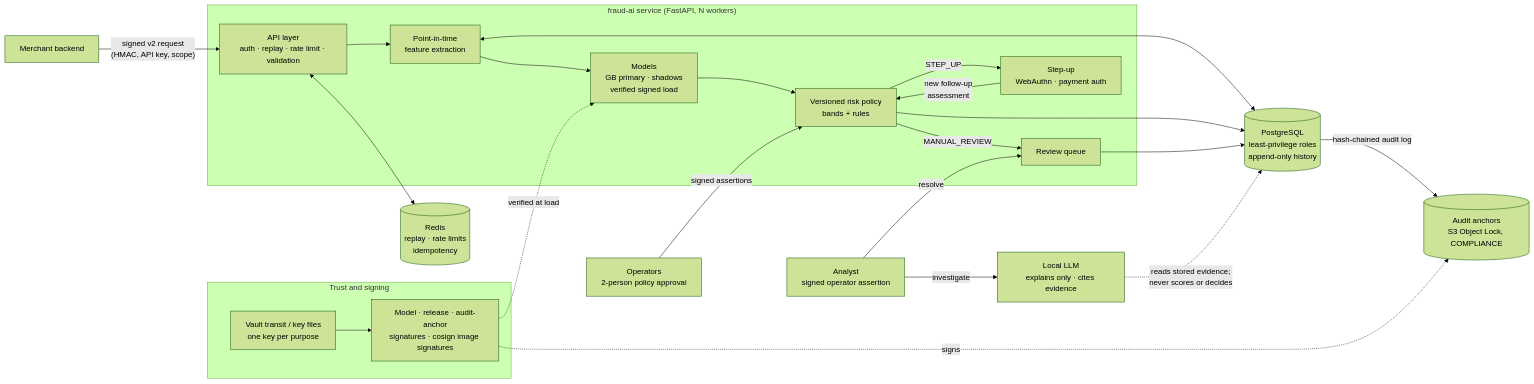
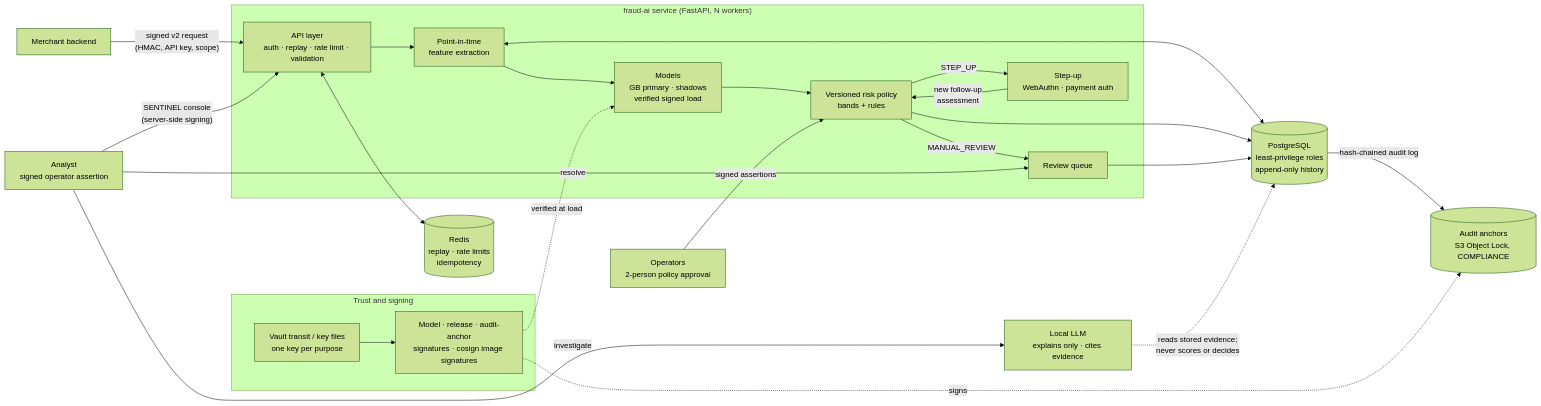
Before and after one commit to smartdigitalsolutions44-ops/fraud-ai: the diagram in PORTFOLIO.md, drawn with Mermaid (forest theme). The commit also changed other lines of this file and 144 other files, not shown here.

````diff
--- a/PORTFOLIO.md
+++ b/PORTFOLIO.md
@@ -25,36 +25,37 @@
 ```mermaid
 flowchart LR
     M[Merchant backend] -- "signed v2 request<br/>(HMAC, API key, scope)" --> API
 
     subgraph Service["fraud-ai service (FastAPI, N workers)"]
         API[API layer<br/>auth · replay · rate limit · validation]
         FE[Point-in-time<br/>feature extraction]
         MOD[Models<br/>GB primary · shadows<br/>verified signed load]
         POL[Versioned risk policy<br/>bands + rules]
         REV[Review queue]
         SU[Step-up<br/>WebAuthn · payment auth]
         API --> FE --> MOD --> POL
         POL -- MANUAL_REVIEW --> REV
         POL -- STEP_UP --> SU
         SU -- "new follow-up<br/>assessment" --> POL
     end
 
     API <--> R[(Redis<br/>replay · rate limits<br/>idempotency)]
     FE <--> PG[(PostgreSQL<br/>least-privilege roles<br/>append-only history)]
     POL --> PG
     REV --> PG
 
-    AN[Analyst<br/>signed operator assertion] -- resolve --> REV
+    AN[Analyst<br/>signed operator assertion] -- "SENTINEL console<br/>(server-side signing)" --> API
+    AN -- resolve --> REV
     AN -- investigate --> LLM[Local LLM<br/>explains only · cites evidence]
     LLM -. "reads stored evidence;<br/>never scores or decides" .-> PG
 
     subgraph Trust["Trust and signing"]
         KMS[Vault transit / key files<br/>one key per purpose]
         SIGN[Model · release · audit-anchor<br/>signatures · cosign image signatures]
     end
     KMS --> SIGN
     SIGN -. verified at load .-> MOD
     PG -- "hash-chained audit log" --> ANC[(Audit anchors<br/>S3 Object Lock, COMPLIANCE)]
     SIGN -. signs .-> ANC
     OPS[Operators<br/>2-person policy approval] -- "signed assertions" --> POL
 ```
````
